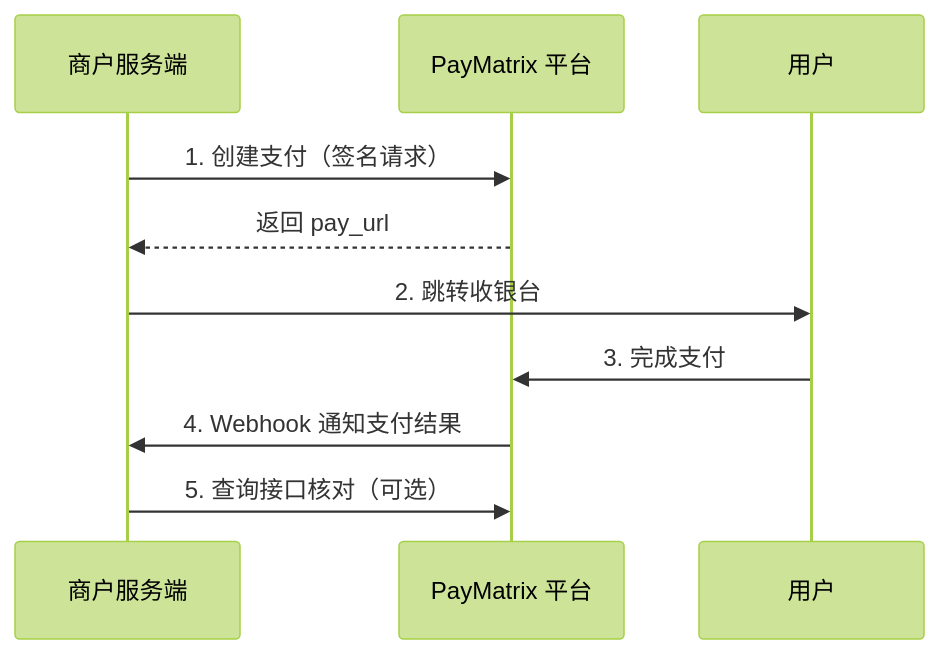
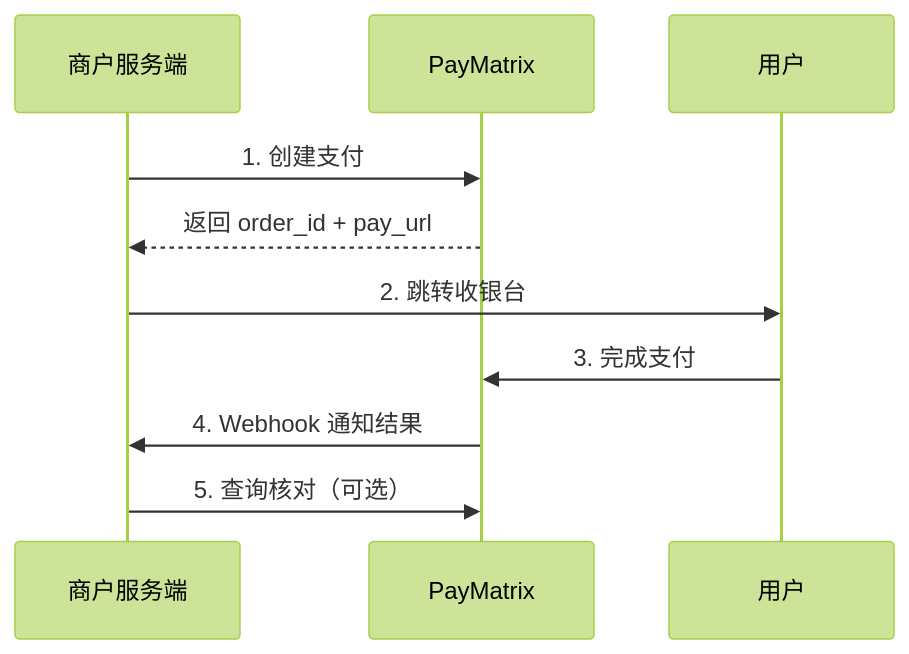
The diagram in index.mdx (liuchuan123/docs), drawn with Mermaid (forest theme) before and after one commit. The commit also changed other lines of this file and 26 other files, not shown here.

````diff
--- a/index.mdx
+++ b/index.mdx
@@ -37,13 +48,13 @@
 ```mermaid
 sequenceDiagram
     participant M as 商户服务端
-    participant P as PayMatrix 平台
+    participant P as PayMatrix
     participant U as 用户
 
-    M->>P: 1. 创建支付（签名请求）
-    P-->>M: 返回 pay_url
+    M->>P: 1. 创建支付
+    P-->>M: 返回 order_id + pay_url
     M->>U: 2. 跳转收银台
     U->>P: 3. 完成支付
-    P->>M: 4. Webhook 通知支付结果
-    M->>P: 5. 查询接口核对（可选）
+    P->>M: 4. Webhook 通知结果
+    M->>P: 5. 查询核对（可选）
 ```
````
